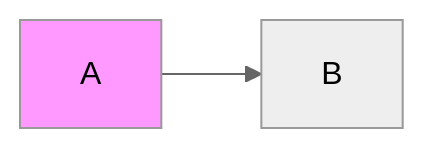
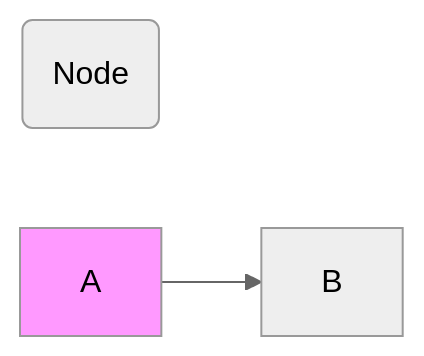
Diagram 12 of 43 in docs/diagrams/MERMAID_RULES.md (phantom-man/PROVES_LIBRARY), drawn with Mermaid (neutral theme) before and after one commit. The commit also changed other lines of this file, not shown here.

Commit message:
Fix Mermaid styling examples in MERMAID_RULES.md

````diff
--- a/docs/diagrams/MERMAID_RULES.md
+++ b/docs/diagrams/MERMAID_RULES.md
@@ -627,6 +628,7 @@
 ```mermaid
 flowchart LR
     classDef className fill:#f9f
     class nodeId className
+    nodeId(Node)
     A:::className --> B
 ```
````
